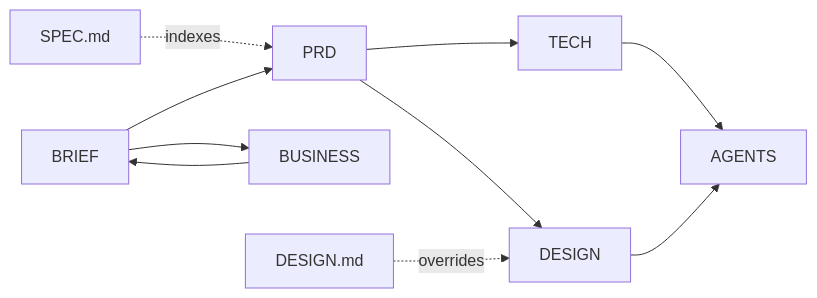
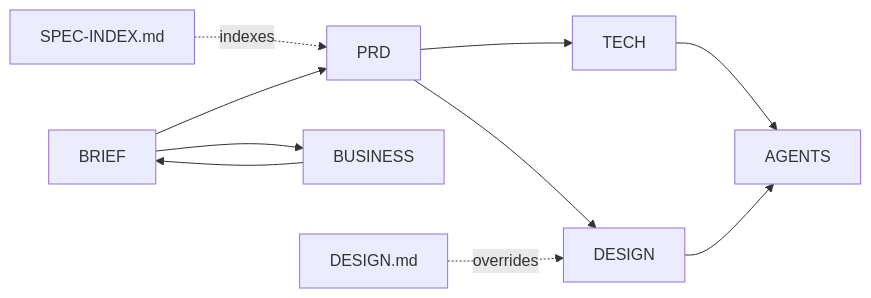
One commit to xb3sox/dmcloser changed the diagram in docs/README.md. Above: the diagram before and after it, drawn with Mermaid. The commit also changed other lines of this file and 6 other files, not shown here.

Commit message:
fix: rename SPEC.md to SPEC-INDEX.md and add case collision check

````diff
--- a/docs/README.md
+++ b/docs/README.md
@@ -58,12 +58,12 @@
 ```mermaid
 flowchart LR
  B[BRIEF] --> P[PRD]
  B --> F[BUSINESS]
  P --> T[TECH]
  P --> D[DESIGN]
  T --> A[AGENTS]
  D --> A
  F --> B
- S[SPEC.md] -.indexes.-> P
+ S[SPEC-INDEX.md] -.indexes.-> P
  R[DESIGN.md] -.overrides.-> D
 ```
````
